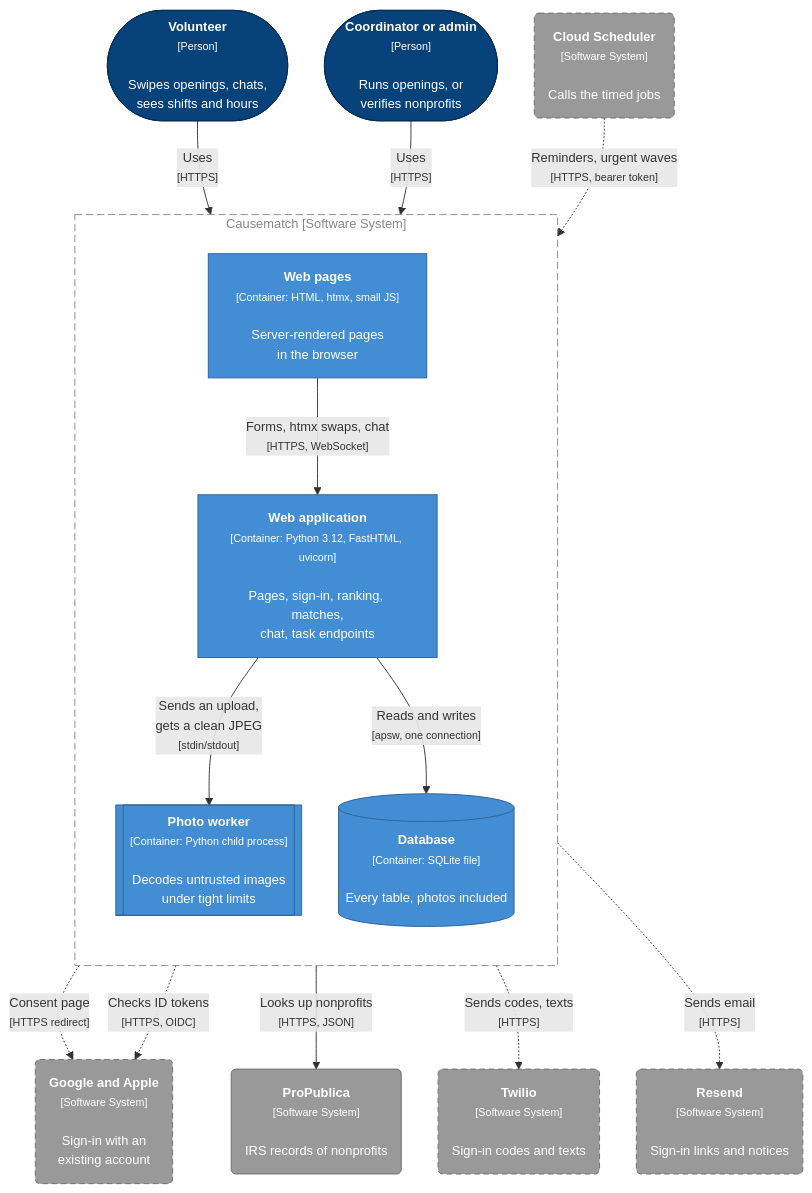
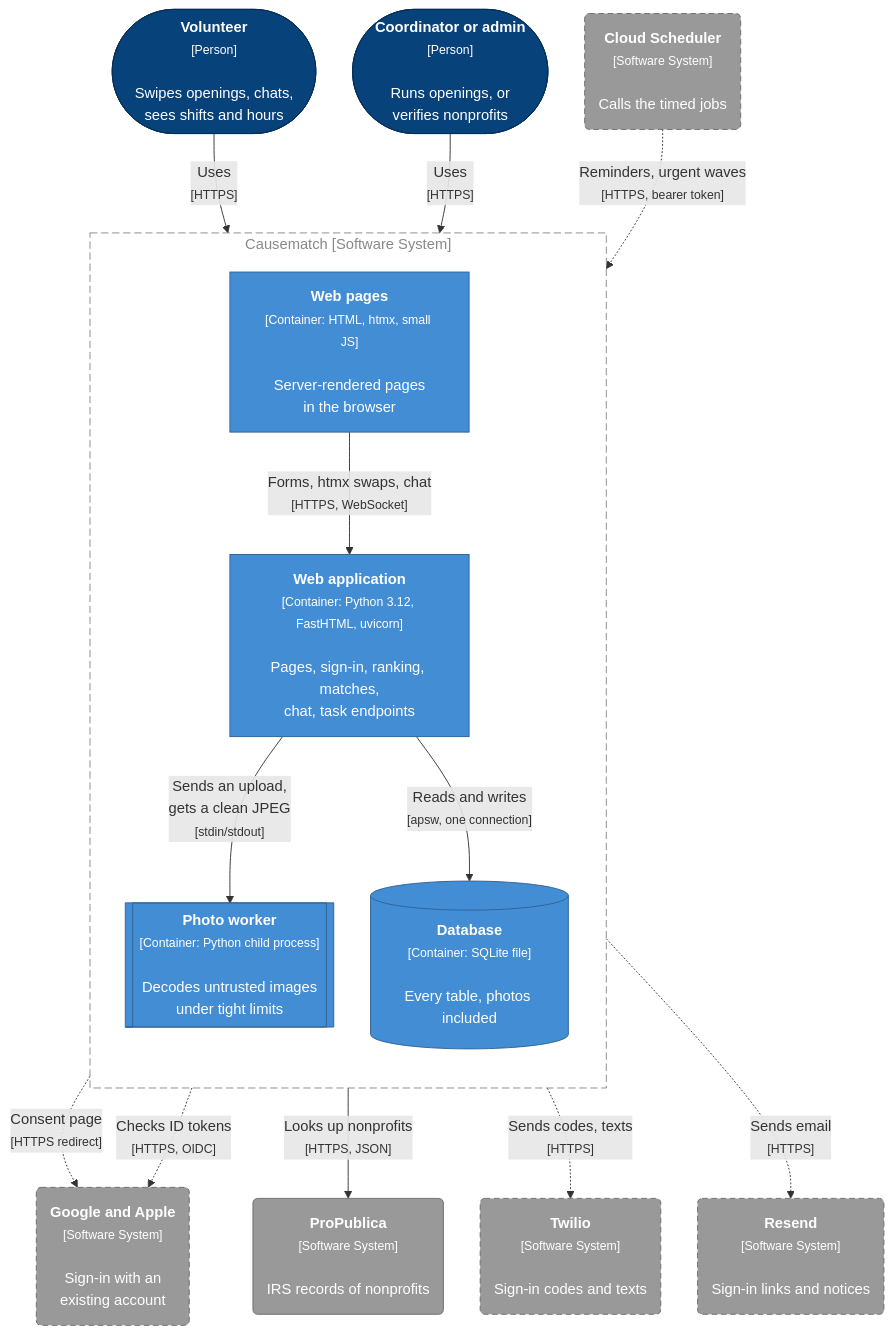
The third of 25 diagrams in docs/ARCHITECTURE.md (slegroux/causematch), drawn with Mermaid before and after one commit. The commit also changed other lines of this file, not shown here.

Commit message:
Architecture doc: drop the 14px diagram font size, which GitHub clips on arrow labels

````diff
--- a/docs/ARCHITECTURE.md
+++ b/docs/ARCHITECTURE.md
@@ -146,42 +146,42 @@
 ```mermaid
-%%{init: {"flowchart": {"curve": "basis", "nodeSpacing": 40, "rankSpacing": 60}, "themeVariables": {"fontFamily": "Helvetica, Arial, sans-serif", "fontSize": "14px"}}}%%
+%%{init: {"flowchart": {"curve": "basis", "nodeSpacing": 40, "rankSpacing": 60}, "themeVariables": {"fontFamily": "Helvetica, Arial, sans-serif"}}}%%
 flowchart TB
     vol(["<b>Volunteer</b><br/><small>[Person]</small><br/><br/>Swipes openings, chats,<br/>sees shifts and hours"])
     staff(["<b>Coordinator or admin</b><br/><small>[Person]</small><br/><br/>Runs openings, or<br/>verifies nonprofits"])
 
     subgraph cm["Causematch [Software System]"]
         direction TB
         ui["<b>Web pages</b><br/><small>[Container: HTML, htmx, small JS]</small><br/><br/>Server-rendered pages<br/>in the browser"]
         app["<b>Web application</b><br/><small>[Container: Python 3.12, FastHTML, uvicorn]</small><br/><br/>Pages, sign-in, ranking, matches,<br/>chat, task endpoints"]
         worker[["<b>Photo worker</b><br/><small>[Container: Python child process]</small><br/><br/>Decodes untrusted images<br/>under tight limits"]]
         db[("<b>Database</b><br/><small>[Container: SQLite file]</small><br/><br/>Every table, photos included")]
     end
 
     pp("<b>ProPublica</b><br/><small>[Software System]</small><br/><br/>IRS records of nonprofits")
     idp("<b>Google and Apple</b><br/><small>[Software System]</small><br/><br/>Sign-in with an<br/>existing account")
     twilio("<b>Twilio</b><br/><small>[Software System]</small><br/><br/>Sign-in codes and texts")
     resend("<b>Resend</b><br/><small>[Software System]</small><br/><br/>Sign-in links and notices")
     sched("<b>Cloud Scheduler</b><br/><small>[Software System]</small><br/><br/>Calls the timed jobs")
 
     vol -- "Uses<br/><small>[HTTPS]</small>" --> ui
     staff -- "Uses<br/><small>[HTTPS]</small>" --> ui
     ui -- "Forms, htmx swaps, chat<br/><small>[HTTPS, WebSocket]</small>" --> app
     ui -. "Consent page<br/><small>[HTTPS redirect]</small>" .-> idp
     app -- "Sends an upload,<br/>gets a clean JPEG<br/><small>[stdin/stdout]</small>" --> worker
     app -- "Reads and writes<br/><small>[apsw, one connection]</small>" --> db
     app -- "Looks up nonprofits<br/><small>[HTTPS, JSON]</small>" --> pp
     app -. "Checks ID tokens<br/><small>[HTTPS, OIDC]</small>" .-> idp
     app -. "Sends codes, texts<br/><small>[HTTPS]</small>" .-> twilio
     app -. "Sends email<br/><small>[HTTPS]</small>" .-> resend
     sched -. "Reminders, urgent waves<br/><small>[HTTPS, bearer token]</small>" .-> app
 
     classDef person fill:#08427b,stroke:#052e56,color:#ffffff
     classDef container fill:#438dd5,stroke:#2e6295,color:#ffffff
     classDef external fill:#999999,stroke:#6b6b6b,color:#ffffff
     classDef planned fill:#999999,stroke:#6b6b6b,color:#ffffff,stroke-dasharray:6 4
     class vol,staff person
     class ui,app,worker,db container
     class pp external
     class idp,twilio,resend,sched planned
     style cm fill:none,stroke:#888888,stroke-dasharray:8 4,color:#888888
 ```
````
